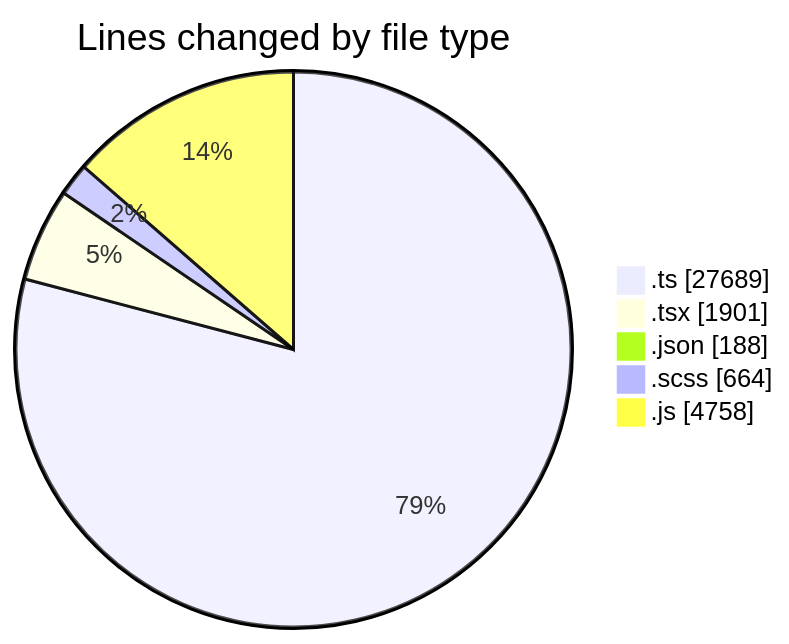
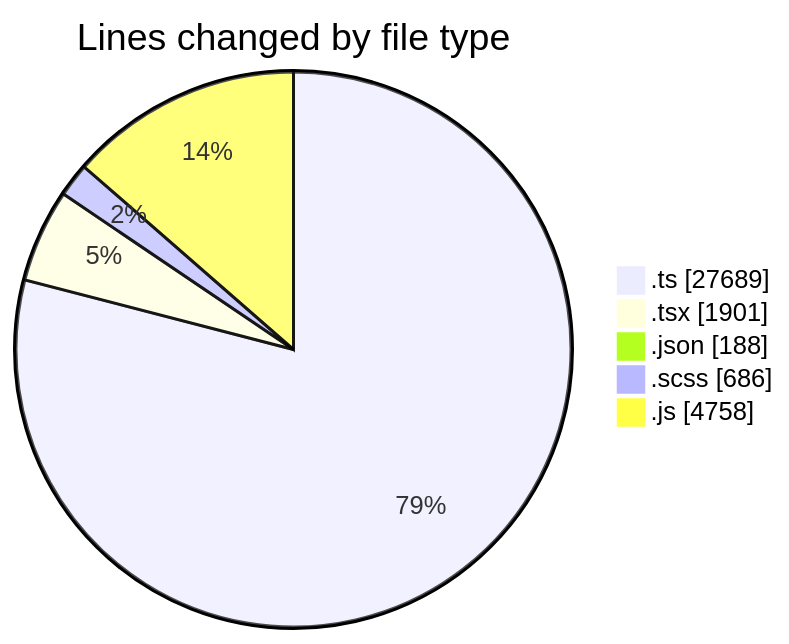
The first of 2 diagrams in 2026-05-07/cda/README.md (momahboobian/code-tracking), drawn with Mermaid before and after one commit. The commit also changed other lines of this file and 1 other file, not shown here.

````diff
--- a/2026-05-07/cda/README.md
+++ b/2026-05-07/cda/README.md
@@ -46,9 +46,9 @@
 ```mermaid
 pie showData
 title Lines changed by file type
 ".ts" : 27689
 ".tsx" : 1901
 ".json" : 188
-".scss" : 664
+".scss" : 686
 ".js" : 4758
 ```
````
